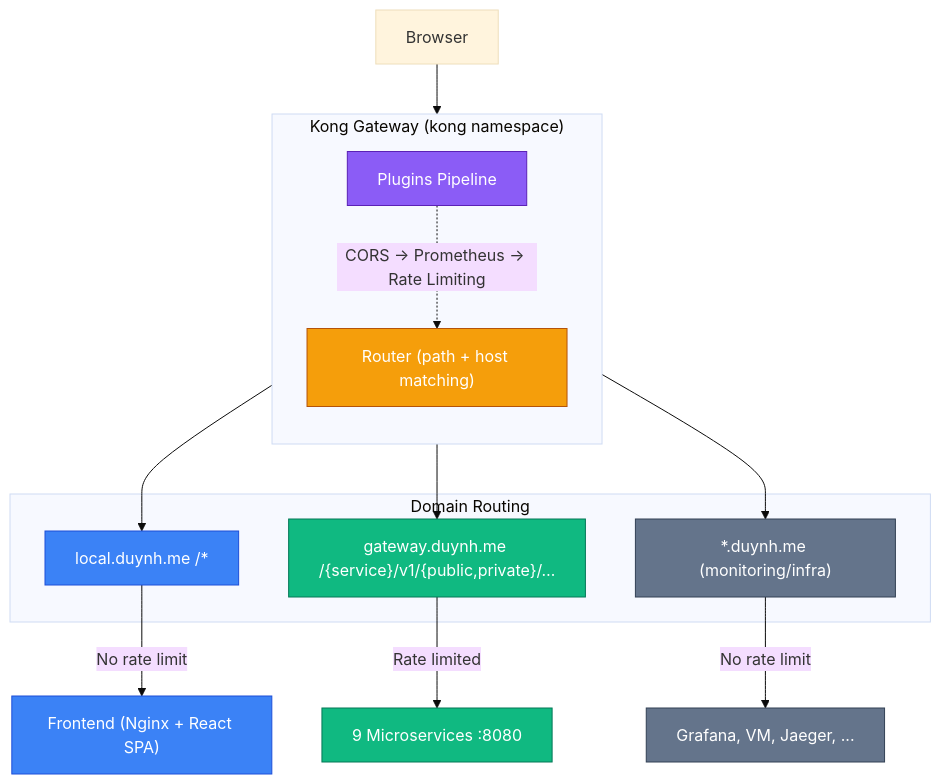
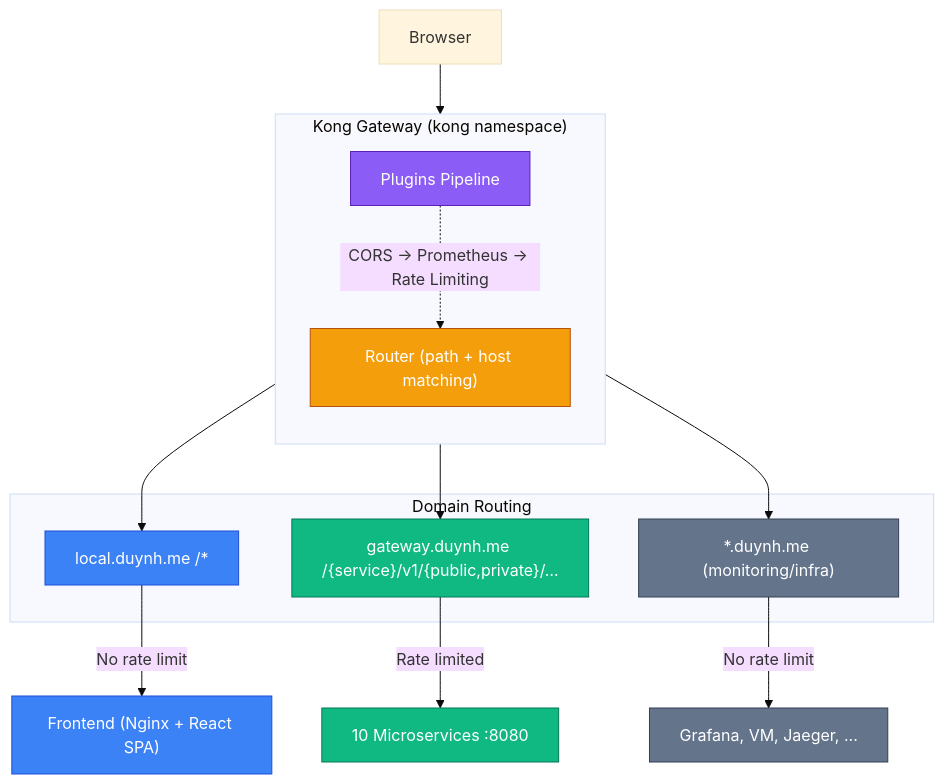
One commit to duynhlab/homelab changed the first of 5 diagrams in docs/platform/kong-gateway.md. Above: the diagram before and after it, drawn with Mermaid (base theme). The commit also changed other lines of this file and 12 other files, not shown here.

Commit message:
Add platform docs hub and fix deployment drift Platform README hub; setup Flux graph (clickhouse, secrets split); checkout route in kong-gateway; RFC-0018 db_host examples; gitflow/cicd deployed-vs-target callouts.

````diff
--- a/docs/platform/kong-gateway.md
+++ b/docs/platform/kong-gateway.md
@@ -129,33 +129,33 @@
 ```mermaid
 flowchart TD
     classDef fe fill:#3b82f6,stroke:#1d4ed8,color:#fff
     classDef gw fill:#f59e0b,stroke:#b45309,color:#fff
     classDef api fill:#10b981,stroke:#047857,color:#fff
     classDef plugin fill:#8b5cf6,stroke:#5b21b6,color:#fff
     classDef infra fill:#64748b,stroke:#334155,color:#fff
 
     Browser["Browser"]
 
     subgraph Kong["Kong Gateway (kong namespace)"]
         direction TB
         Plugins["Plugins Pipeline"]:::plugin
         Router["Router (path + host matching)"]:::gw
     end
 
     subgraph Domains["Domain Routing"]
         FERoute["local.duynh.me /*"]:::fe
         APIRoute["gateway.duynh.me /{service}/v1/{public,private}/…"]:::api
         MonRoute["*.duynh.me (monitoring/infra)"]:::infra
     end
 
     Browser --> Kong
     Kong --> FERoute
     Kong --> APIRoute
     Kong --> MonRoute
 
     FERoute -->|"No rate limit"| FE["Frontend (Nginx + React SPA)"]:::fe
-    APIRoute -->|"Rate limited"| APIs["9 Microservices :8080"]:::api
+    APIRoute -->|"Rate limited"| APIs["10 Microservices :8080"]:::api
     MonRoute -->|"No rate limit"| Infra["Grafana, VM, Jaeger, ..."]:::infra
 
     Plugins -.->|"CORS → Prometheus → Rate Limiting"| Router
 ```
````
